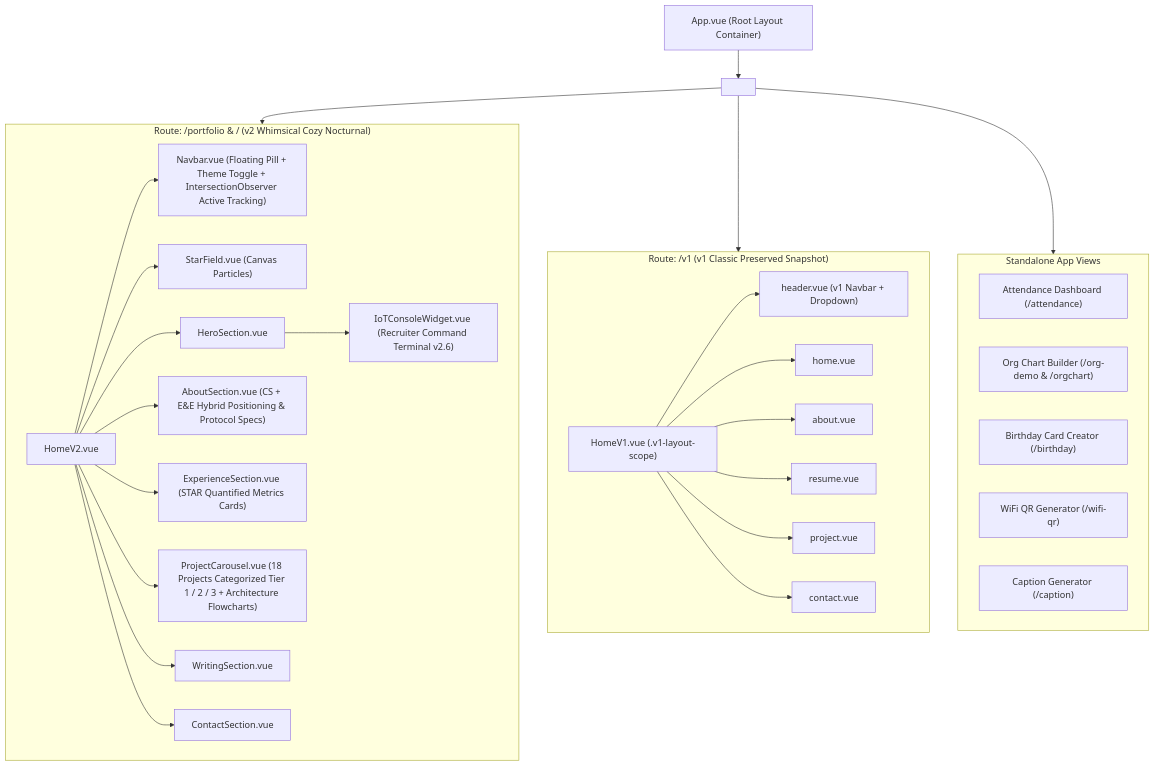
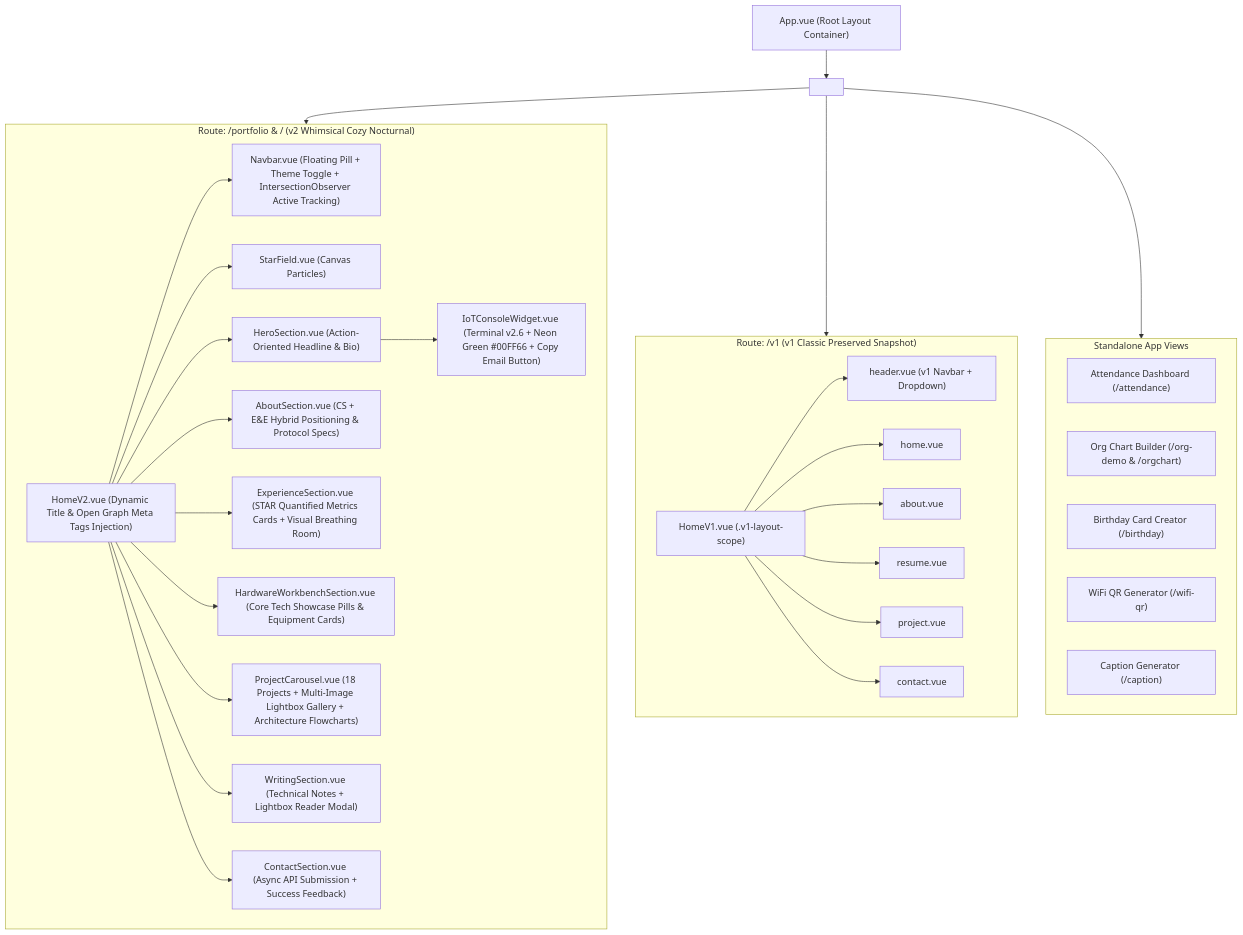
Before and after one commit to Hazman97/hazman5540: the diagram in docs/FRONTEND.md, drawn with Mermaid. The commit also changed other lines of this file and 3 other files, not shown here.

Commit message:
docs: add architecture, frontend, project tracking, and README documentation

````diff
--- a/docs/FRONTEND.md
+++ b/docs/FRONTEND.md
@@ -11,37 +11,38 @@
 ```mermaid
 graph TD
     App["App.vue (Root Layout Container)"] --> RouterView["<router-view />"]
     
     subgraph V2Route ["Route: /portfolio & / (v2 Whimsical Cozy Nocturnal)"]
-        HomeV2["HomeV2.vue"] --> Navbar["Navbar.vue (Floating Pill + Theme Toggle + IntersectionObserver Active Tracking)"]
+        HomeV2["HomeV2.vue (Dynamic Title & Open Graph Meta Tags Injection)"] --> Navbar["Navbar.vue (Floating Pill + Theme Toggle + IntersectionObserver Active Tracking)"]
         HomeV2 --> StarField["StarField.vue (Canvas Particles)"]
-        HomeV2 --> Hero["HeroSection.vue"]
-        Hero --> IoTWidget["IoTConsoleWidget.vue (Recruiter Command Terminal v2.6)"]
+        HomeV2 --> Hero["HeroSection.vue (Action-Oriented Headline & Bio)"]
+        Hero --> IoTWidget["IoTConsoleWidget.vue (Terminal v2.6 + Neon Green #00FF66 + Copy Email Button)"]
         HomeV2 --> About["AboutSection.vue (CS + E&E Hybrid Positioning & Protocol Specs)"]
-        HomeV2 --> Experience["ExperienceSection.vue (STAR Quantified Metrics Cards)"]
-        HomeV2 --> Projects["ProjectCarousel.vue (18 Projects Categorized Tier 1 / 2 / 3 + Architecture Flowcharts)"]
-        HomeV2 --> Writing["WritingSection.vue"]
-        HomeV2 --> Contact["ContactSection.vue"]
+        HomeV2 --> Experience["ExperienceSection.vue (STAR Quantified Metrics Cards + Visual Breathing Room)"]
+        HomeV2 --> Workbench["HardwareWorkbenchSection.vue (Core Tech Showcase Pills & Equipment Cards)"]
+        HomeV2 --> Projects["ProjectCarousel.vue (18 Projects + Multi-Image Lightbox Gallery + Architecture Flowcharts)"]
+        HomeV2 --> Writing["WritingSection.vue (Technical Notes + Lightbox Reader Modal)"]
+        HomeV2 --> Contact["ContactSection.vue (Async API Submission + Success Feedback)"]
     end
 
     subgraph V1Route ["Route: /v1 (v1 Classic Preserved Snapshot)"]
         HomeV1["HomeV1.vue (.v1-layout-scope)"] --> HeaderV1["header.vue (v1 Navbar + Dropdown)"]
         HomeV1 --> HeroV1["home.vue"]
         HomeV1 --> AboutV1["about.vue"]
         HomeV1 --> ResumeV1["resume.vue"]
         HomeV1 --> ProjectV1["project.vue"]
         HomeV1 --> ContactV1["contact.vue"]
     end
 
     subgraph MiniApps ["Standalone App Views"]
         Attendance["Attendance Dashboard (/attendance)"]
         OrgChart["Org Chart Builder (/org-demo & /orgchart)"]
         Birthday["Birthday Card Creator (/birthday)"]
         WifiQR["WiFi QR Generator (/wifi-qr)"]
         Caption["Caption Generator (/caption)"]
     end
 
     RouterView --> V2Route
     RouterView --> V1Route
     RouterView --> MiniApps
 ```
````
